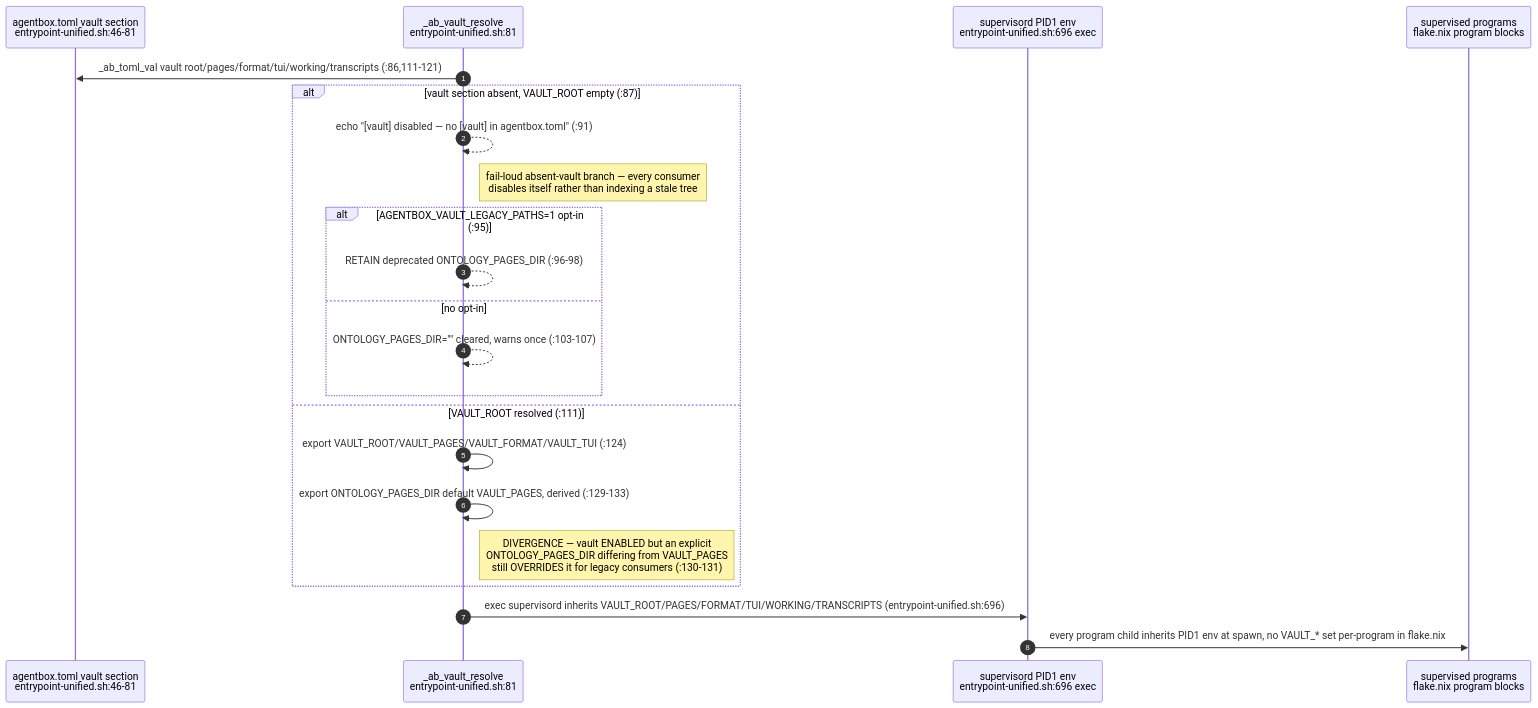
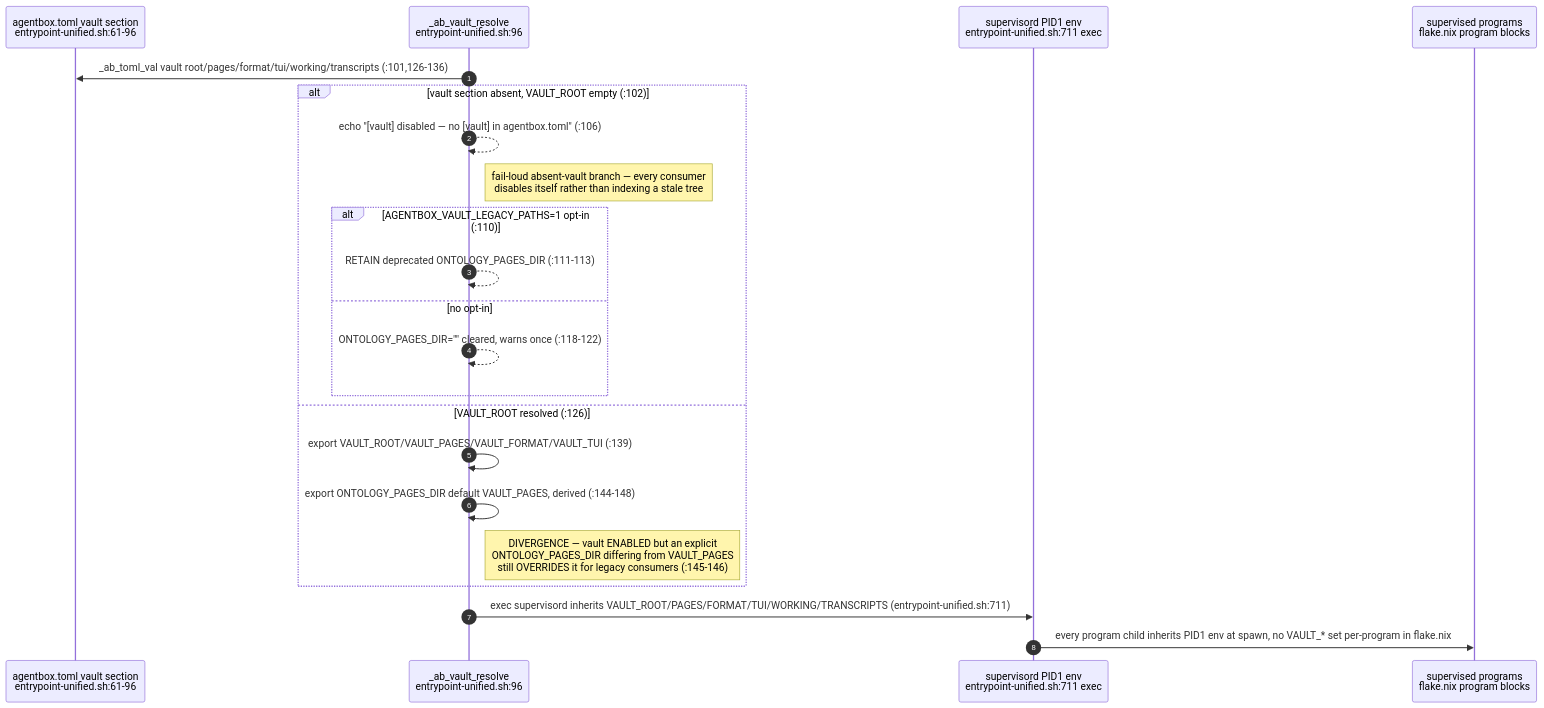
One commit to DreamLab-AI/VisionFlow changed diagram 14 of 23 in docs/diagrams/agentbox/02-boot-sequence-and-readiness.md. Above: the diagram before and after it, drawn with Mermaid. The commit also changed other lines of this file and 28 other files, not shown here.

````diff
--- a/docs/diagrams/agentbox/02-boot-sequence-and-readiness.md
+++ b/docs/diagrams/agentbox/02-boot-sequence-and-readiness.md
@@ -481,25 +488,25 @@
 ```mermaid
 sequenceDiagram
     autonumber
-    participant TOML as agentbox.toml vault section<br/>entrypoint-unified.sh:46-81
-    participant VR as _ab_vault_resolve<br/>entrypoint-unified.sh:81
-    participant PID1 as supervisord PID1 env<br/>entrypoint-unified.sh:696 exec
+    participant TOML as agentbox.toml vault section<br/>entrypoint-unified.sh:61-96
+    participant VR as _ab_vault_resolve<br/>entrypoint-unified.sh:96
+    participant PID1 as supervisord PID1 env<br/>entrypoint-unified.sh:711 exec
     participant PROG as supervised programs<br/>flake.nix program blocks
 
-    VR->>TOML: _ab_toml_val vault root/pages/format/tui/working/transcripts (:86,111-121)
-    alt vault section absent, VAULT_ROOT empty (:87)
-        VR-->>VR: echo "[vault] disabled — no [vault] in agentbox.toml" (:91)
+    VR->>TOML: _ab_toml_val vault root/pages/format/tui/working/transcripts (:101,126-136)
+    alt vault section absent, VAULT_ROOT empty (:102)
+        VR-->>VR: echo "[vault] disabled — no [vault] in agentbox.toml" (:106)
         Note right of VR: fail-loud absent-vault branch — every consumer<br/>disables itself rather than indexing a stale tree
-        alt AGENTBOX_VAULT_LEGACY_PATHS=1 opt-in (:95)
-            VR-->>VR: RETAIN deprecated ONTOLOGY_PAGES_DIR (:96-98)
+        alt AGENTBOX_VAULT_LEGACY_PATHS=1 opt-in (:110)
+            VR-->>VR: RETAIN deprecated ONTOLOGY_PAGES_DIR (:111-113)
         else no opt-in
-            VR-->>VR: ONTOLOGY_PAGES_DIR="" cleared, warns once (:103-107)
+            VR-->>VR: ONTOLOGY_PAGES_DIR="" cleared, warns once (:118-122)
         end
-    else VAULT_ROOT resolved (:111)
-        VR->>VR: export VAULT_ROOT/VAULT_PAGES/VAULT_FORMAT/VAULT_TUI (:124)
-        VR->>VR: export ONTOLOGY_PAGES_DIR default VAULT_PAGES, derived (:129-133)
-        Note right of VR: DIVERGENCE — vault ENABLED but an explicit<br/>ONTOLOGY_PAGES_DIR differing from VAULT_PAGES<br/>still OVERRIDES it for legacy consumers (:130-131)
+    else VAULT_ROOT resolved (:126)
+        VR->>VR: export VAULT_ROOT/VAULT_PAGES/VAULT_FORMAT/VAULT_TUI (:139)
+        VR->>VR: export ONTOLOGY_PAGES_DIR default VAULT_PAGES, derived (:144-148)
+        Note right of VR: DIVERGENCE — vault ENABLED but an explicit<br/>ONTOLOGY_PAGES_DIR differing from VAULT_PAGES<br/>still OVERRIDES it for legacy consumers (:145-146)
     end
-    VR->>PID1: exec supervisord inherits VAULT_ROOT/PAGES/FORMAT/TUI/WORKING/TRANSCRIPTS (entrypoint-unified.sh:696)
+    VR->>PID1: exec supervisord inherits VAULT_ROOT/PAGES/FORMAT/TUI/WORKING/TRANSCRIPTS (entrypoint-unified.sh:711)
     PID1->>PROG: every program child inherits PID1 env at spawn, no VAULT_* set per-program in flake.nix
 ```
````
